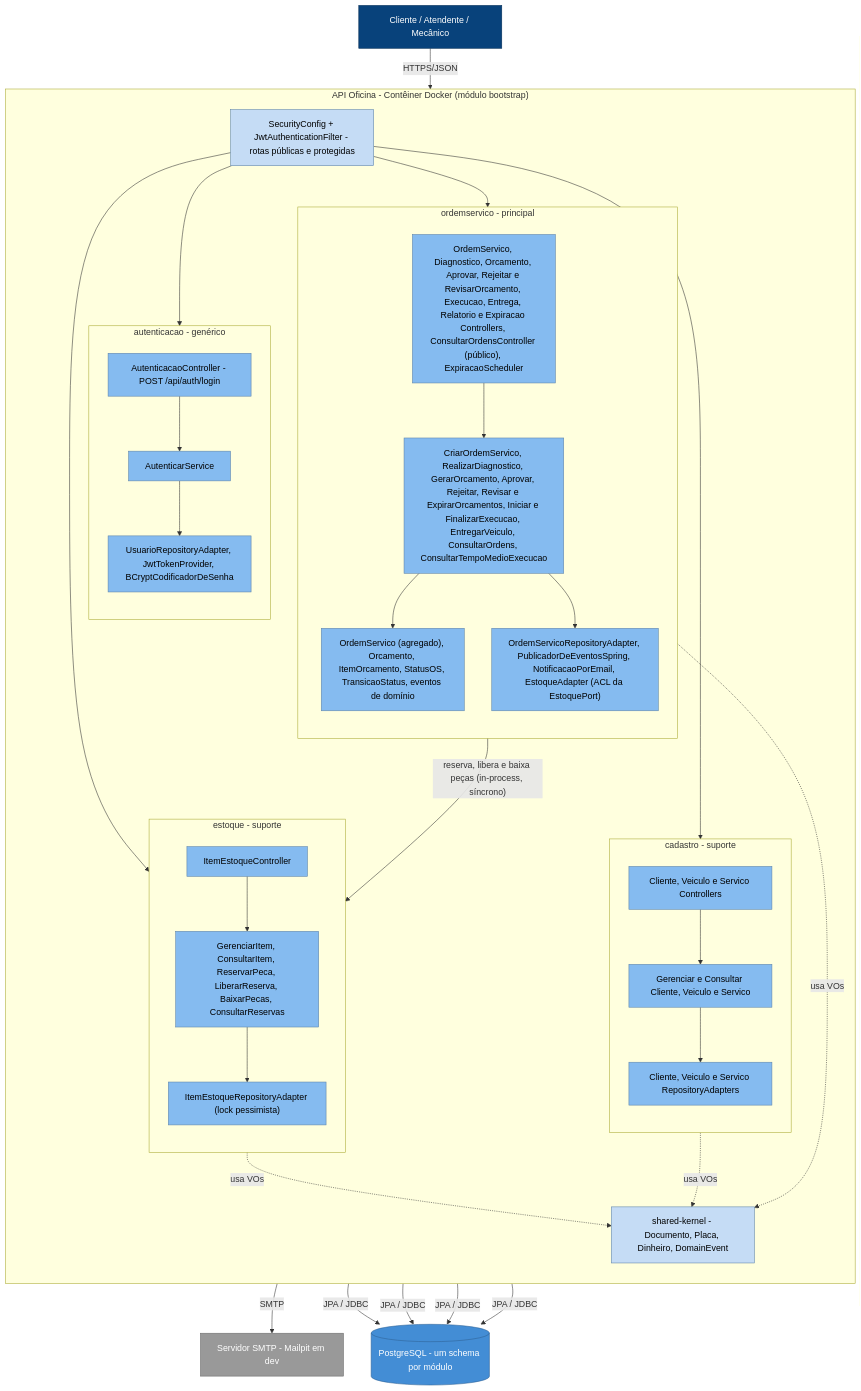
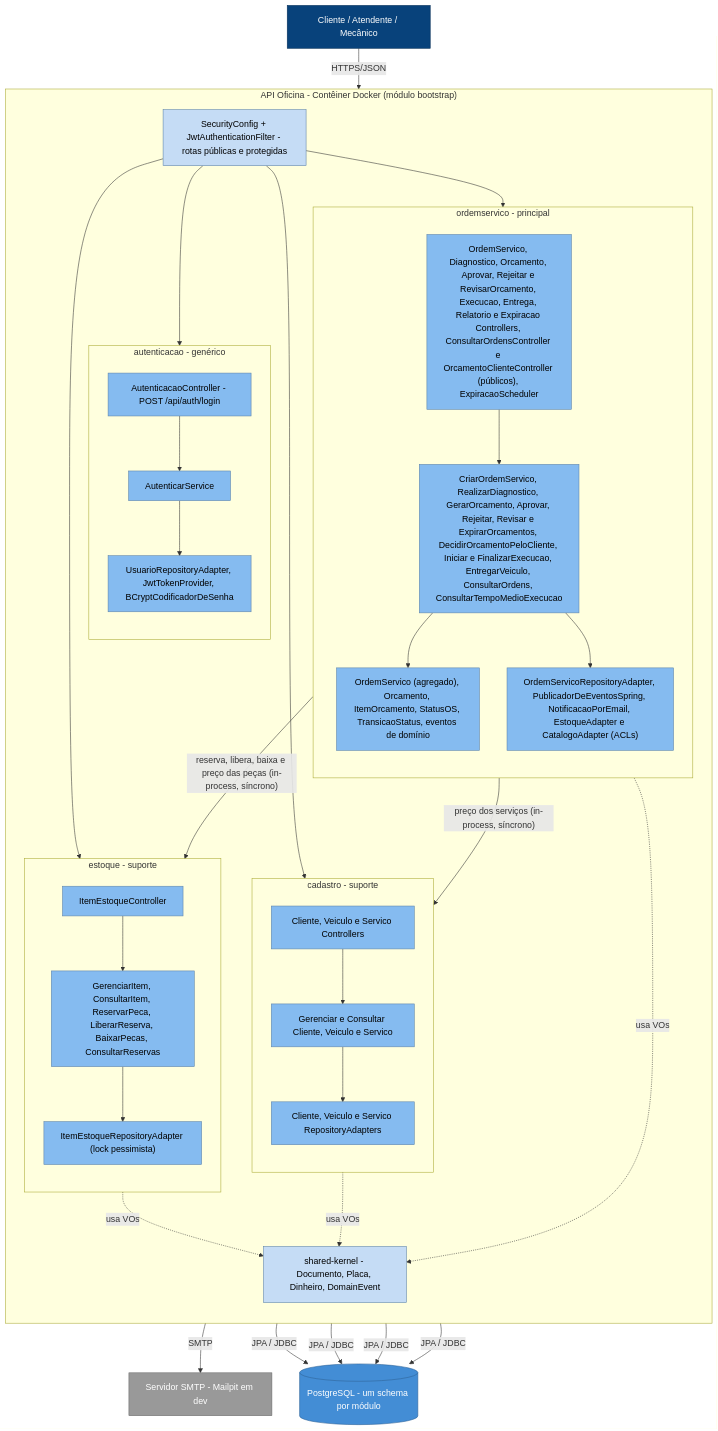
The diagram in docs/c4/c4-nivel3-componentes.mmd (RafaelCardoso11/SOAT-Fase-1-Tech-Challenge), drawn with Mermaid before and after one commit. The commit also changed 37 other files, not shown here.

First line of the commit message:
Ajustes finais: aprovação pelo cliente, docs DDD e inativação (#114)

```diff
--- a/docs/c4/c4-nivel3-componentes.mmd
+++ b/docs/c4/c4-nivel3-componentes.mmd
@@ -1,68 +1,69 @@
 %% C4 Nível 3 - Componentes da API Oficina. Feito como flowchart (e não C4Component) para importar no Miro.
 %% Um subgraph por bounded context; dentro dele, as camadas hexagonais. Só as ligações entre camadas e
 %% entre contextos aparecem, para o diagrama não virar um emaranhado de setas.
 flowchart TB
     USR["Cliente / Atendente / Mecânico"]
 
     subgraph API["API Oficina - Contêiner Docker (módulo bootstrap)"]
         direction TB
 
         SEC["SecurityConfig + JwtAuthenticationFilter - rotas públicas e protegidas"]
 
         subgraph AUTH["autenticacao - genérico"]
             direction TB
             A_IN["AutenticacaoController - POST /api/auth/login"]
             A_UC["AutenticarService"]
             A_OUT["UsuarioRepositoryAdapter, JwtTokenProvider, BCryptCodificadorDeSenha"]
         end
 
         subgraph OS["ordemservico - principal"]
             direction TB
-            O_IN["OrdemServico, Diagnostico, Orcamento, Aprovar, Rejeitar e RevisarOrcamento, Execucao, Entrega, Relatorio e Expiracao Controllers, ConsultarOrdensController (público), ExpiracaoScheduler"]
-            O_UC["CriarOrdemServico, RealizarDiagnostico, GerarOrcamento, Aprovar, Rejeitar, Revisar e ExpirarOrcamentos, Iniciar e FinalizarExecucao, EntregarVeiculo, ConsultarOrdens, ConsultarTempoMedioExecucao"]
+            O_IN["OrdemServico, Diagnostico, Orcamento, Aprovar, Rejeitar e RevisarOrcamento, Execucao, Entrega, Relatorio e Expiracao Controllers, ConsultarOrdensController e OrcamentoClienteController (públicos), ExpiracaoScheduler"]
+            O_UC["CriarOrdemServico, RealizarDiagnostico, GerarOrcamento, Aprovar, Rejeitar, Revisar e ExpirarOrcamentos, DecidirOrcamentoPeloCliente, Iniciar e FinalizarExecucao, EntregarVeiculo, ConsultarOrdens, ConsultarTempoMedioExecucao"]
             O_DOM["OrdemServico (agregado), Orcamento, ItemOrcamento, StatusOS, TransicaoStatus, eventos de domínio"]
-            O_OUT["OrdemServicoRepositoryAdapter, PublicadorDeEventosSpring, NotificacaoPorEmail, EstoqueAdapter (ACL da EstoquePort)"]
+            O_OUT["OrdemServicoRepositoryAdapter, PublicadorDeEventosSpring, NotificacaoPorEmail, EstoqueAdapter e CatalogoAdapter (ACLs)"]
         end
 
         subgraph CAD["cadastro - suporte"]
             direction TB
             C_IN["Cliente, Veiculo e Servico Controllers"]
             C_UC["Gerenciar e Consultar Cliente, Veiculo e Servico"]
             C_OUT["Cliente, Veiculo e Servico RepositoryAdapters"]
         end
 
         subgraph EST["estoque - suporte"]
             direction TB
             E_IN["ItemEstoqueController"]
             E_UC["GerenciarItem, ConsultarItem, ReservarPeca, LiberarReserva, BaixarPecas, ConsultarReservas"]
             E_OUT["ItemEstoqueRepositoryAdapter (lock pessimista)"]
         end
 
         SK["shared-kernel - Documento, Placa, Dinheiro, DomainEvent"]
     end
 
     DB[("PostgreSQL - um schema por módulo")]
     MAIL["Servidor SMTP - Mailpit em dev"]
 
     USR -- "HTTPS/JSON" --> SEC
     SEC --> A_IN & O_IN & C_IN & E_IN
     A_IN --> A_UC --> A_OUT
     O_IN --> O_UC --> O_DOM
     O_UC --> O_OUT
     C_IN --> C_UC --> C_OUT
     E_IN --> E_UC --> E_OUT
-    O_OUT -- "reserva, libera e baixa peças (in-process, síncrono)" --> E_UC
+    O_OUT -- "reserva, libera, baixa e preço das peças (in-process, síncrono)" --> E_UC
+    O_OUT -- "preço dos serviços (in-process, síncrono)" --> C_UC
     O_OUT -- "SMTP" --> MAIL
     A_OUT & O_OUT & C_OUT & E_OUT -- "JPA / JDBC" --> DB
     O_DOM & C_UC & E_UC -. "usa VOs" .-> SK
 
     classDef pessoa fill:#08427B,stroke:#052E56,color:#fff
     classDef componente fill:#85BBF0,stroke:#5D82A8,color:#000
     classDef transversal fill:#C5DCF5,stroke:#5D82A8,color:#000
     classDef externo fill:#999999,stroke:#6B6B6B,color:#fff
     classDef banco fill:#438DD5,stroke:#2E6295,color:#fff
     class USR pessoa
     class A_IN,A_UC,A_OUT,O_IN,O_UC,O_DOM,O_OUT,C_IN,C_UC,C_OUT,E_IN,E_UC,E_OUT componente
     class SEC,SK transversal
     class DB banco
     class MAIL externo
```
